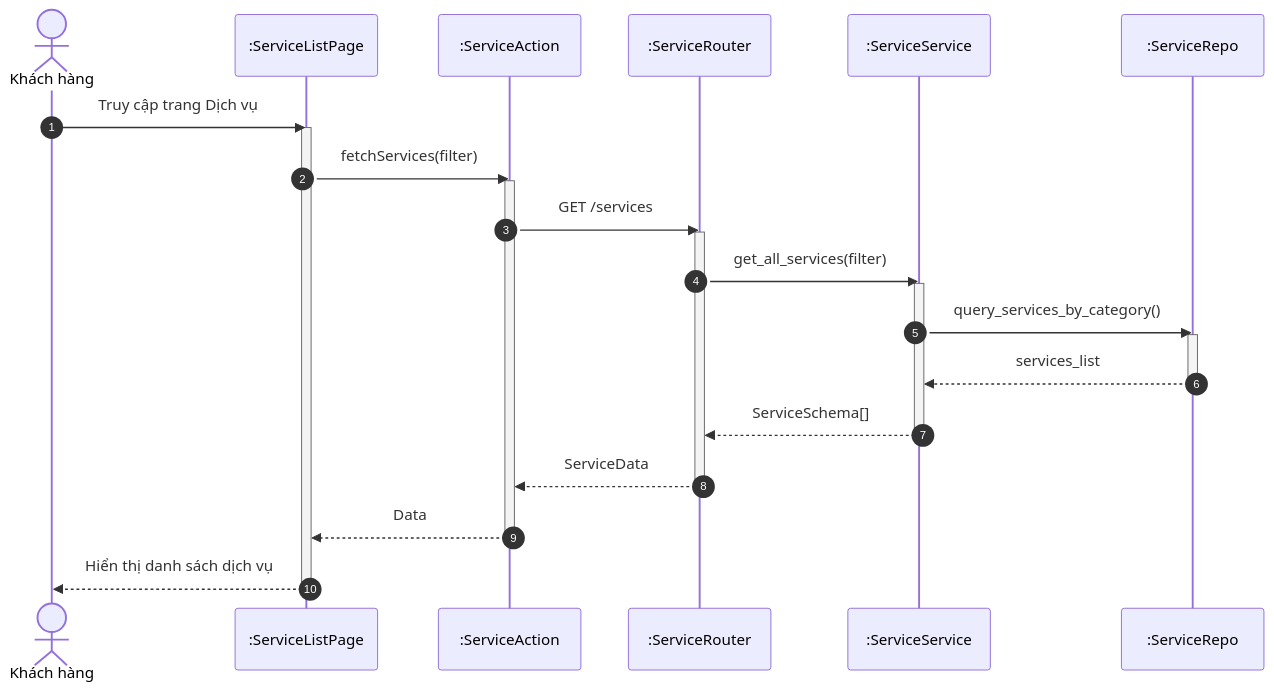
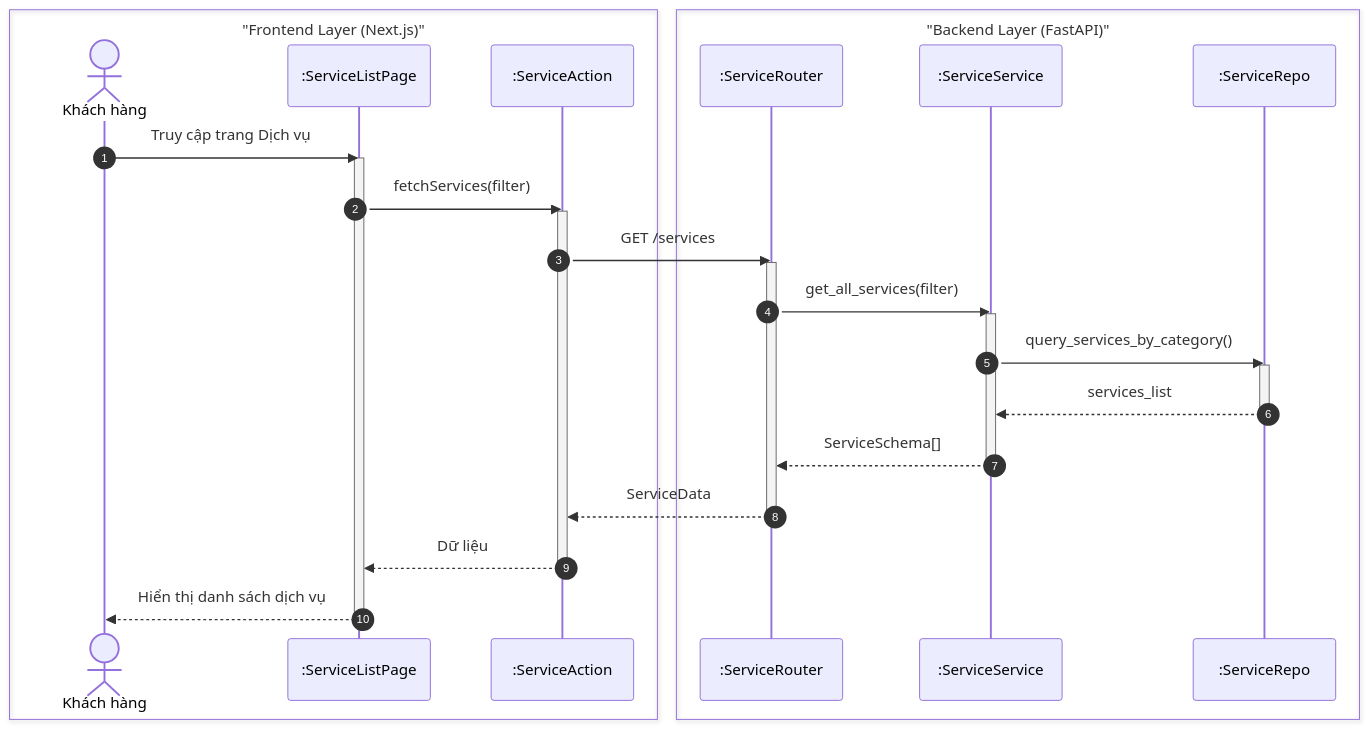
One commit to ngoctinn/Synapse changed the first of 8 diagrams in docs/design/sequences/customer_flows.md. Above: the diagram before and after it, drawn with Mermaid. The commit also changed other lines of this file and 4 other files, not shown here.

Commit message:
docs: Add initial sequence diagrams for authentication, customer, technician, receptionist, and admin flows.

````diff
--- a/docs/design/sequences/customer_flows.md
+++ b/docs/design/sequences/customer_flows.md
@@ -28,38 +28,43 @@
 ```mermaid
 sequenceDiagram
     autonumber
-    actor KH as Khách hàng
-    participant UI as :ServiceListPage
-    participant BFF as :ServiceAction
-    participant API as :ServiceRouter
-    participant S as :ServiceService
-    participant DB as :ServiceRepo
+    box "Frontend Layer (Next.js)"
+        actor KH as Khách hàng
+        participant UI as :ServiceListPage
+        participant BFF as :ServiceAction
+    end
+
+    box "Backend Layer (FastAPI)"
+        participant API as :ServiceRouter
+        participant S as :ServiceService
+        participant DB as :ServiceRepo
+    end
 
     KH->>UI: Truy cập trang Dịch vụ
     activate UI
     UI->>BFF: fetchServices(filter)
     activate BFF
 
     BFF->>API: GET /services
     activate API
 
     API->>S: get_all_services(filter)
     activate S
 
     S->>DB: query_services_by_category()
     activate DB
     DB-->>S: services_list
     deactivate DB
 
     S-->>API: ServiceSchema[]
     deactivate S
 
     API-->>BFF: ServiceData
     deactivate API
 
-    BFF-->>UI: Data
+    BFF-->>UI: Dữ liệu
     deactivate BFF
 
     UI-->>KH: Hiển thị danh sách dịch vụ
     deactivate UI
 ```
````
